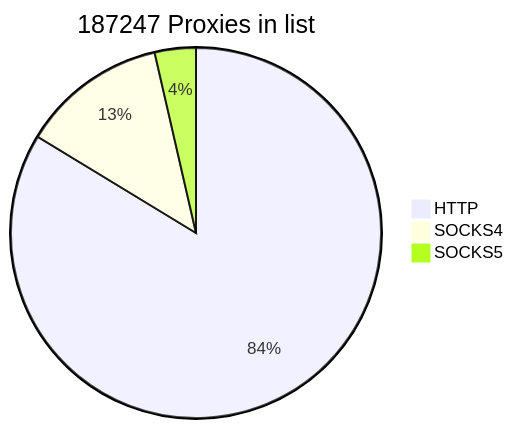
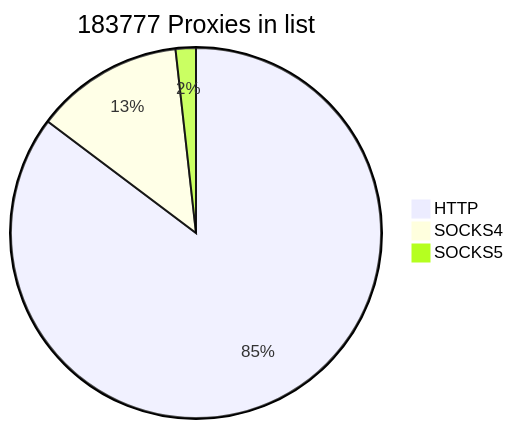
One commit to cutipu/proxylist changed the first of 2 diagrams in README.md. Above: the diagram before and after it, drawn with Mermaid. The commit also changed other lines of this file, not shown here.

````diff
--- a/README.md
+++ b/README.md
@@ -2,7 +2,7 @@
 ```mermaid
-pie title 187247 Proxies in list
+pie title 183777 Proxies in list
     "HTTP" : 156705
-    "SOCKS4" : 23818
-    "SOCKS5" : 6724
+    "SOCKS4" : 23820
+    "SOCKS5" : 3252
             
 ```
````
